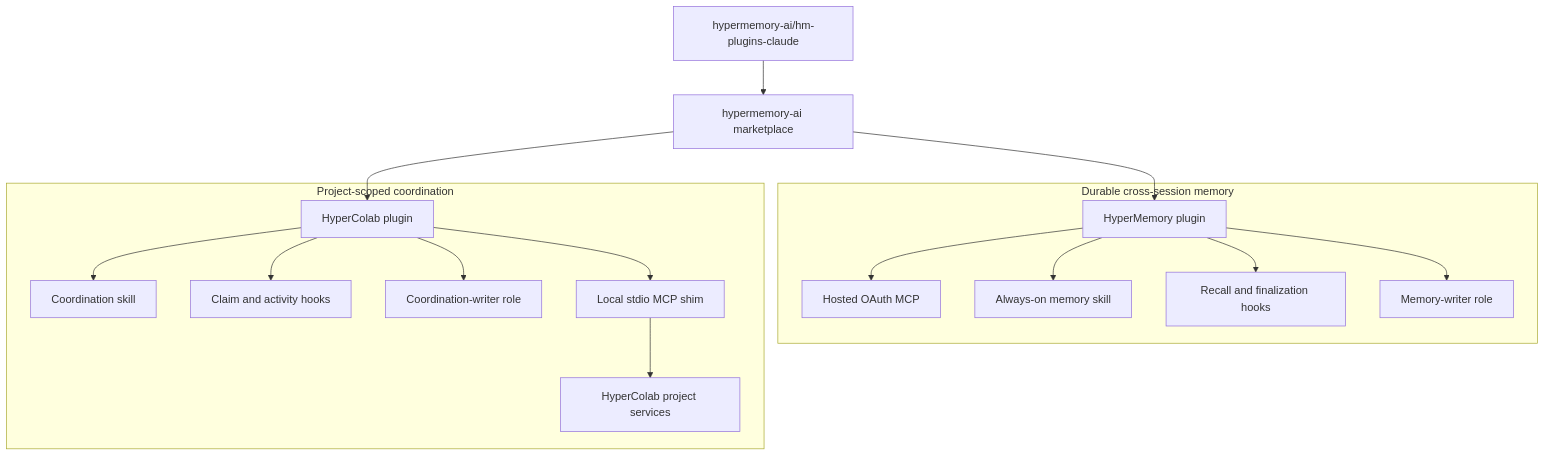
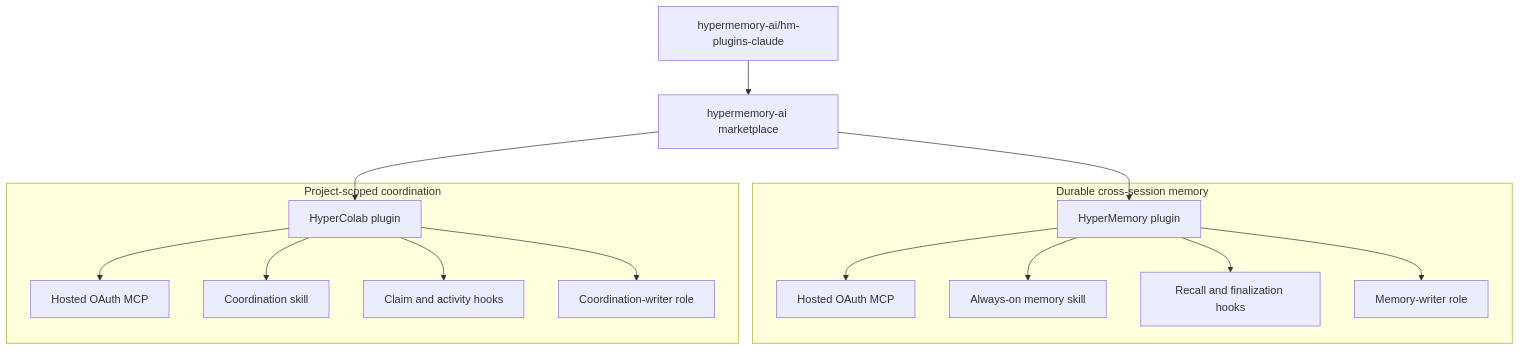
One commit to hypermemory-ai/hm-plugins-claude changed the second of 2 diagrams in README.md. Above: the diagram before and after it, drawn with Mermaid. The commit also changed other lines of this file and 3 other files, not shown here.

First line of the commit message:
Fix HyperColab: hosted MCP, remove fake CLI references

````diff
--- a/README.md
+++ b/README.md
@@ -358,21 +337,20 @@
 ```mermaid
 flowchart TB
     Repo["hypermemory-ai/hm-plugins-claude"] --> Catalog["hypermemory-ai marketplace"]
     Catalog --> HM["HyperMemory plugin"]
     Catalog --> HC["HyperColab plugin"]
 
     subgraph PersonalMemory["Durable cross-session memory"]
         HM --> HMMCP["Hosted OAuth MCP"]
         HM --> HMSkill["Always-on memory skill"]
         HM --> HMHooks["Recall and finalization hooks"]
         HM --> HMAgent["Memory-writer role"]
     end
 
     subgraph ProjectCoordination["Project-scoped coordination"]
+        HC --> HCMCP["Hosted OAuth MCP"]
         HC --> HCSkill["Coordination skill"]
         HC --> HCHooks["Claim and activity hooks"]
         HC --> HCAgent["Coordination-writer role"]
-        HC --> LocalMCP["Local stdio MCP shim"]
-        LocalMCP --> ColabAPI["HyperColab project services"]
     end
 ```
````
